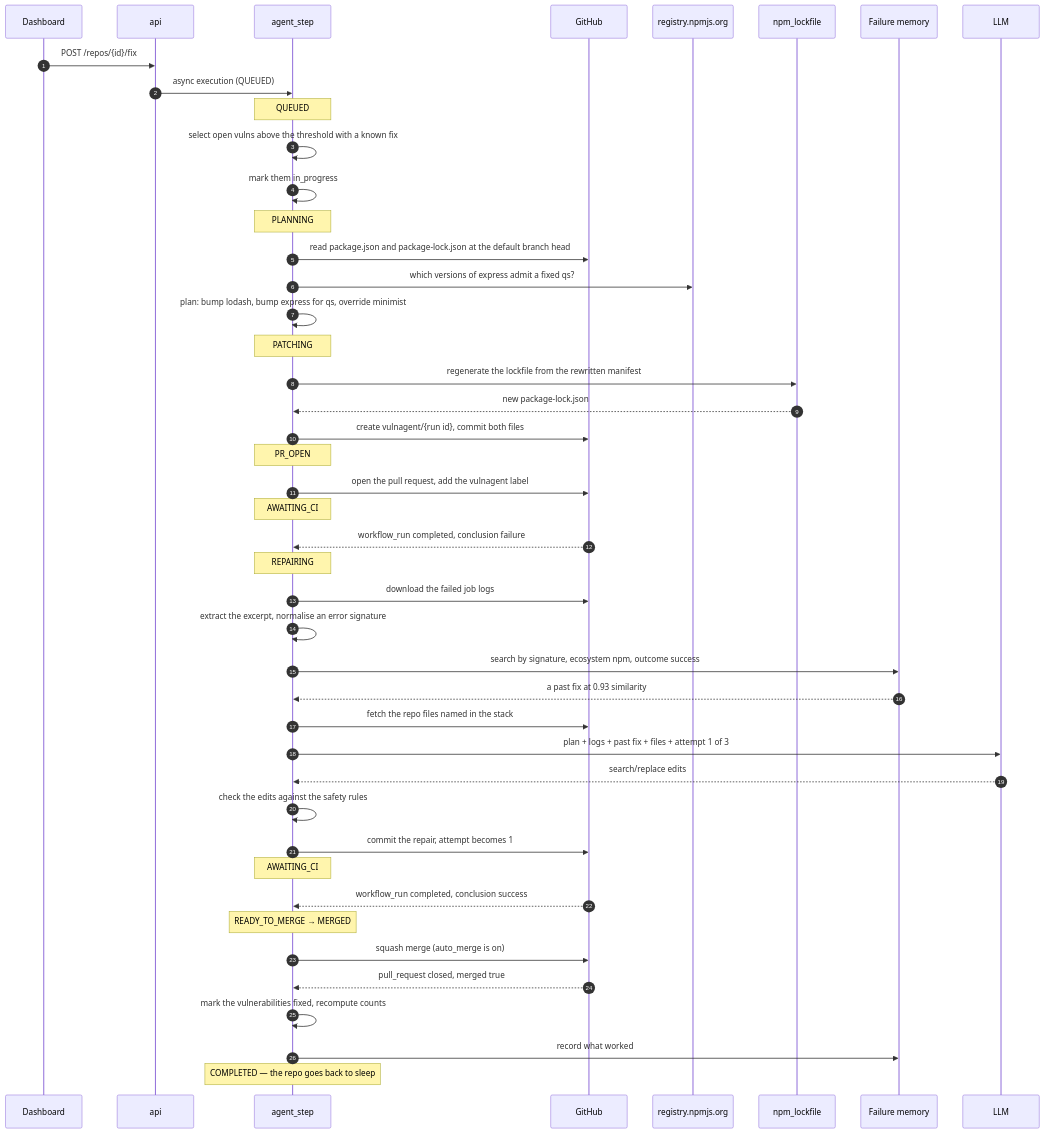
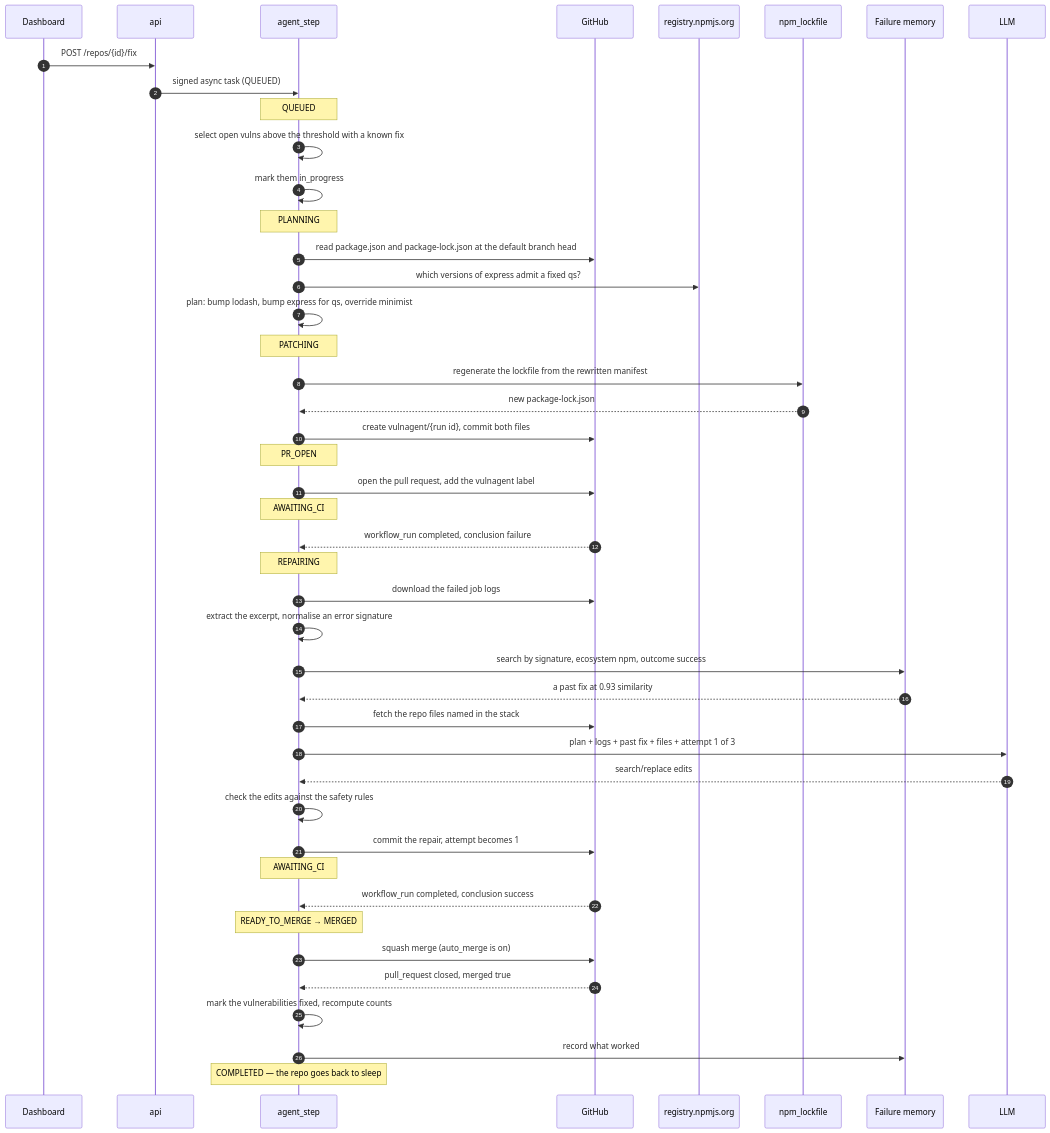
One commit to PranavViswanathan/Hydra changed the fourth of 5 diagrams in docs/architecture.md. Above: the diagram before and after it, drawn with Mermaid. The commit also changed other lines of this file and 36 other files, not shown here.

````diff
--- a/docs/architecture.md
+++ b/docs/architecture.md
@@ -125,57 +179,57 @@
 ```mermaid
 sequenceDiagram
     autonumber
     participant D as Dashboard
     participant API as api
     participant S as agent_step
     participant G as GitHub
     participant R as registry.npmjs.org
     participant N as npm_lockfile
     participant M as Failure memory
     participant L as LLM
 
     D->>API: POST /repos/{id}/fix
-    API->>S: async execution (QUEUED)
+    API->>S: signed async task (QUEUED)
 
     Note over S: QUEUED
     S->>S: select open vulns above the threshold with a known fix
     S->>S: mark them in_progress
 
     Note over S: PLANNING
     S->>G: read package.json and package-lock.json at the default branch head
     S->>R: which versions of express admit a fixed qs?
     S->>S: plan: bump lodash, bump express for qs, override minimist
 
     Note over S: PATCHING
     S->>N: regenerate the lockfile from the rewritten manifest
     N-->>S: new package-lock.json
     S->>G: create vulnagent/{run id}, commit both files
 
     Note over S: PR_OPEN
     S->>G: open the pull request, add the vulnagent label
 
     Note over S: AWAITING_CI
     G-->>S: workflow_run completed, conclusion failure
 
     Note over S: REPAIRING
     S->>G: download the failed job logs
     S->>S: extract the excerpt, normalise an error signature
     S->>M: search by signature, ecosystem npm, outcome success
     M-->>S: a past fix at 0.93 similarity
     S->>G: fetch the repo files named in the stack
     S->>L: plan + logs + past fix + files + attempt 1 of 3
     L-->>S: search/replace edits
     S->>S: check the edits against the safety rules
     S->>G: commit the repair, attempt becomes 1
 
     Note over S: AWAITING_CI
     G-->>S: workflow_run completed, conclusion success
 
     Note over S: READY_TO_MERGE → MERGED
     S->>G: squash merge (auto_merge is on)
     G-->>S: pull_request closed, merged true
     S->>S: mark the vulnerabilities fixed, recompute counts
     S->>M: record what worked
 
     Note over S: COMPLETED — the repo goes back to sleep
 ```
````
